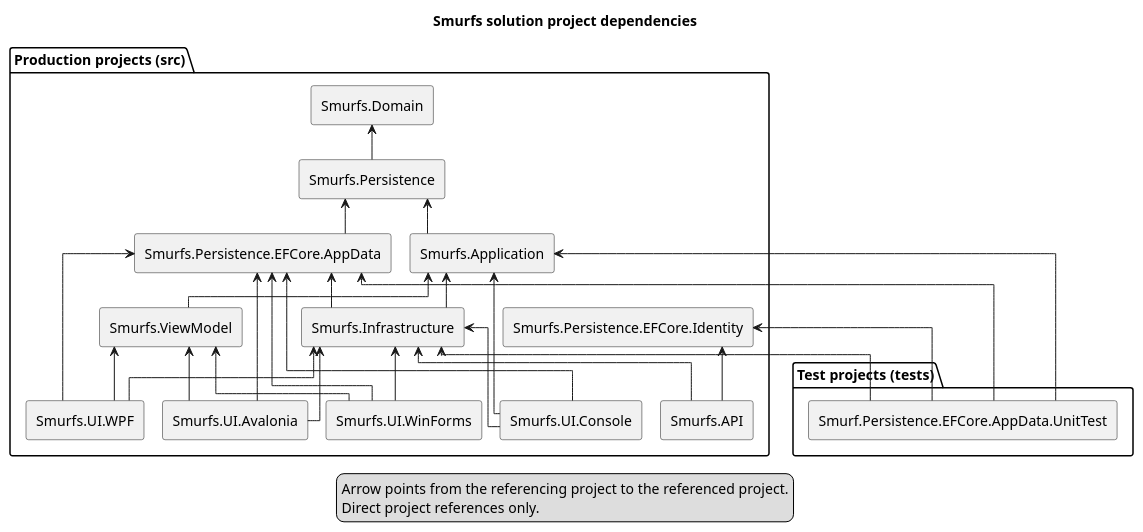
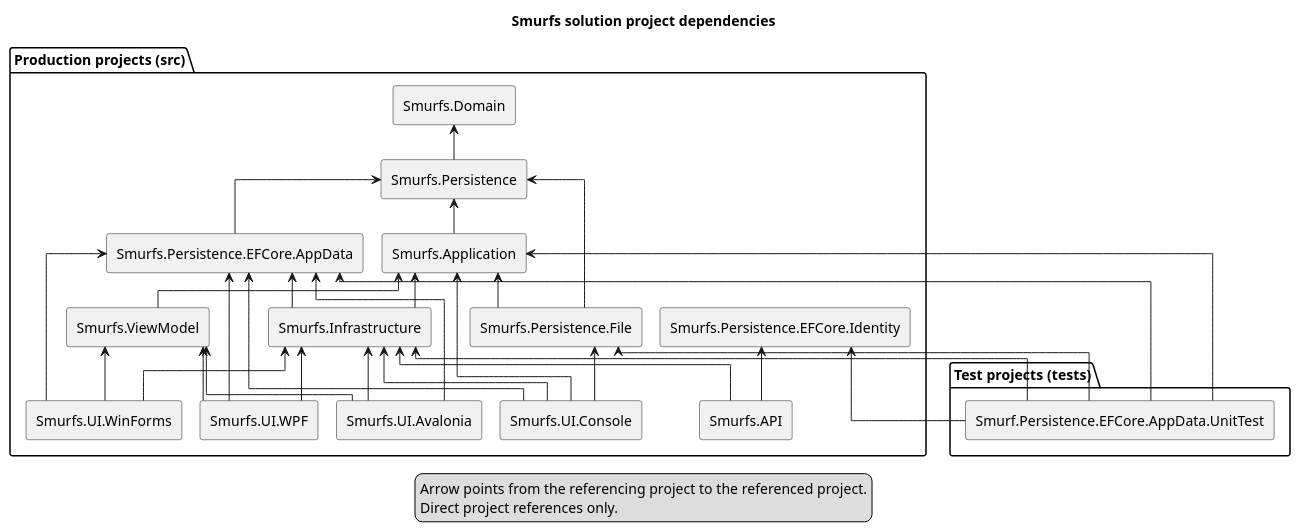
One commit to EbbeMeloSorensen/Smurfs changed the diagram in docs/structural/diagrams/project-dependencies.puml. Above: the diagram before and after it, drawn with PlantUML. The commit also changed 35 other files, not shown here.

Commit message:
Complete JSON file persistence with console integration and tests

```diff
--- a/docs/structural/diagrams/project-dependencies.puml
+++ b/docs/structural/diagrams/project-dependencies.puml
@@ -1,57 +1,63 @@
 @startuml
 title Smurfs solution project dependencies
 ' Keep nodes and arrows aligned with Smurfs.sln and direct ProjectReference items.
 skinparam componentStyle rectangle
 skinparam linetype ortho
 skinparam nodesep 18
 skinparam ranksep 35
 
 package "Production projects (src)" {
   component "Smurfs.API" as Smurfs_API
   component "Smurfs.Application" as Smurfs_Application
   component "Smurfs.Domain" as Smurfs_Domain
   component "Smurfs.Infrastructure" as Smurfs_Infrastructure
   component "Smurfs.Persistence" as Smurfs_Persistence
   component "Smurfs.Persistence.EFCore.AppData" as Smurfs_Persistence_EFCore_AppData
+  component "Smurfs.Persistence.File" as Smurfs_Persistence_File
   component "Smurfs.Persistence.EFCore.Identity" as Smurfs_Persistence_EFCore_Identity
   component "Smurfs.UI.Avalonia" as Smurfs_UI_Avalonia
   component "Smurfs.UI.Console" as Smurfs_UI_Console
   component "Smurfs.UI.WinForms" as Smurfs_UI_WinForms
   component "Smurfs.UI.WPF" as Smurfs_UI_WPF
   component "Smurfs.ViewModel" as Smurfs_ViewModel
 }
 
 package "Test projects (tests)" {
   component "Smurf.Persistence.EFCore.AppData.UnitTest" as Smurf_Persistence_EFCore_AppData_UnitTest
 }
 
 Smurfs_API -up-> Smurfs_Infrastructure
 Smurfs_Application -up-> Smurfs_Persistence
 Smurfs_Infrastructure -up-> Smurfs_Application
 Smurfs_Infrastructure -up-> Smurfs_Persistence_EFCore_AppData
 Smurfs_API -up-> Smurfs_Persistence_EFCore_Identity
 Smurfs_Persistence -up-> Smurfs_Domain
 Smurfs_Persistence_EFCore_AppData -up-> Smurfs_Persistence
 Smurfs_UI_Avalonia -up-> Smurfs_Infrastructure
 Smurfs_UI_Avalonia -up-> Smurfs_Persistence_EFCore_AppData
 Smurfs_UI_Avalonia -up-> Smurfs_ViewModel
 Smurfs_UI_Console -up-> Smurfs_Application
 Smurfs_UI_Console -up-> Smurfs_Infrastructure
 Smurfs_UI_Console -up-> Smurfs_Persistence_EFCore_AppData
 Smurfs_UI_WinForms -up-> Smurfs_Infrastructure
 Smurfs_UI_WinForms -up-> Smurfs_Persistence_EFCore_AppData
 Smurfs_UI_WinForms -up-> Smurfs_ViewModel
 Smurfs_UI_WPF -up-> Smurfs_Infrastructure
 Smurfs_UI_WPF -up-> Smurfs_Persistence_EFCore_AppData
 Smurfs_UI_WPF -up-> Smurfs_ViewModel
 Smurfs_ViewModel -up-> Smurfs_Application
 Smurf_Persistence_EFCore_AppData_UnitTest -up-> Smurfs_Infrastructure
 Smurf_Persistence_EFCore_AppData_UnitTest -up-> Smurfs_Application
 Smurf_Persistence_EFCore_AppData_UnitTest -up-> Smurfs_Persistence_EFCore_AppData
 Smurf_Persistence_EFCore_AppData_UnitTest -up-> Smurfs_Persistence_EFCore_Identity
 
+Smurfs_Persistence_File -up-> Smurfs_Persistence
+Smurfs_Persistence_File -up-> Smurfs_Application
+Smurfs_UI_Console -up-> Smurfs_Persistence_File
+Smurf_Persistence_EFCore_AppData_UnitTest -up-> Smurfs_Persistence_File
+
 legend bottom
   Arrow points from the referencing project to the referenced project.
   Direct project references only.
 endlegend
 @enduml
```
